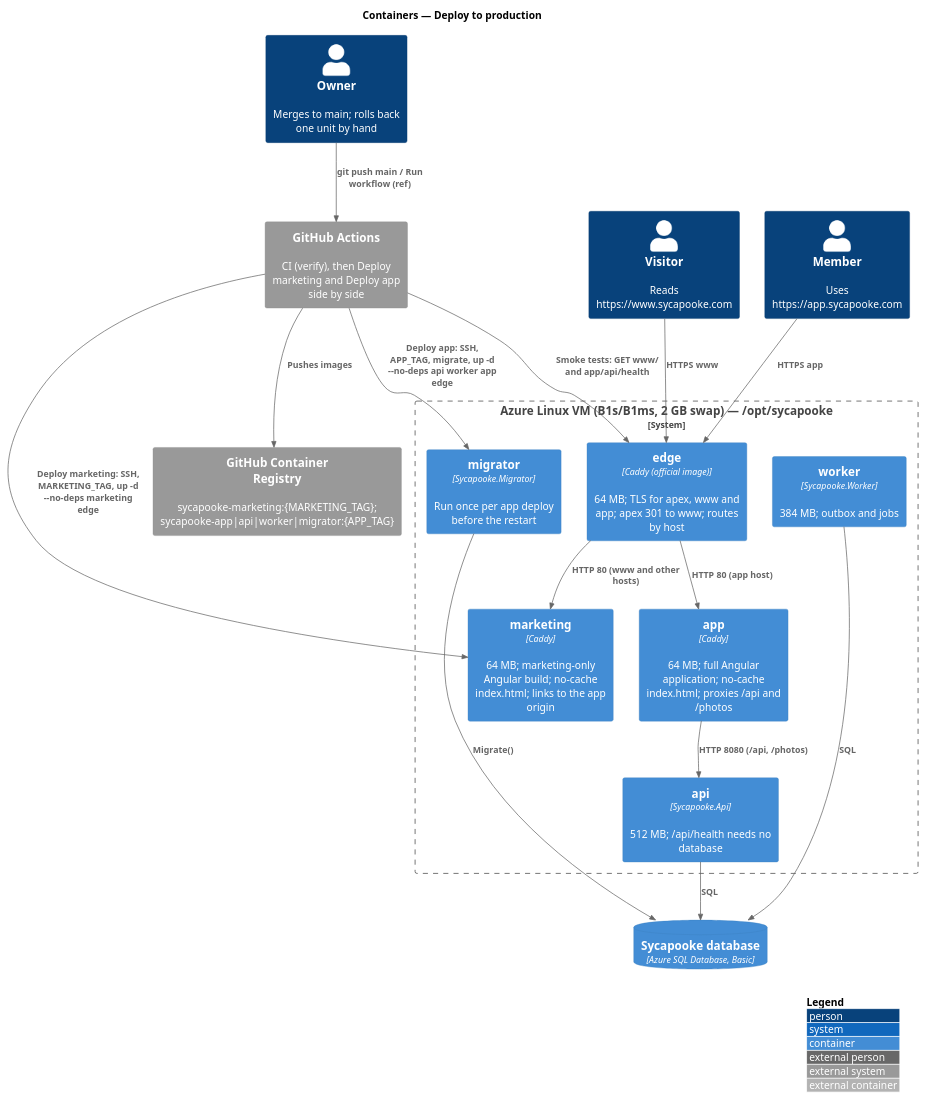
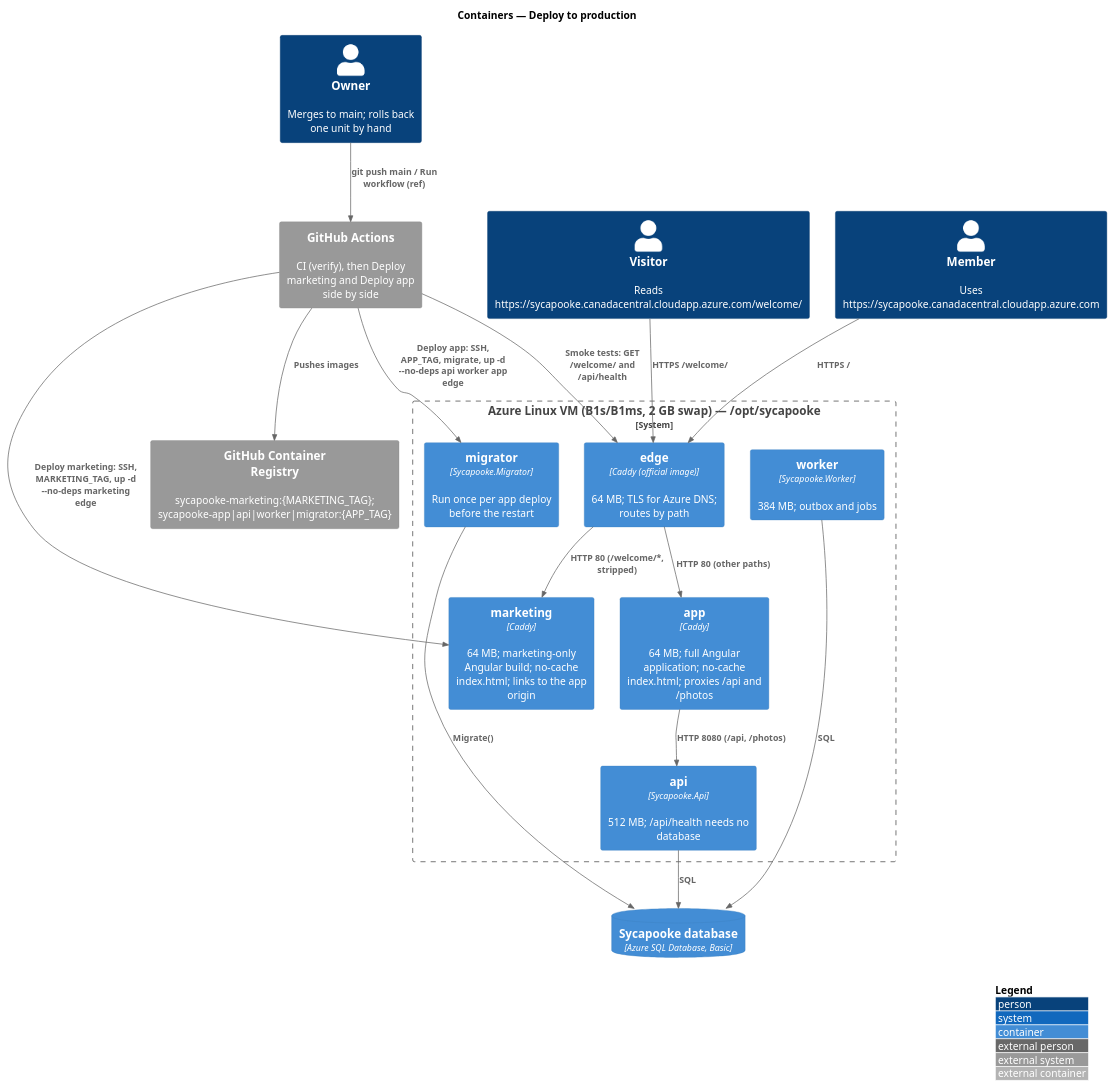
The diagram in docs/detailed-designs/platform/deploy-to-production/diagrams/c4-container.puml (QuinntyneBrown/sycapooke), drawn with PlantUML before and after one commit. The commit also changed 28 other files, not shown here.

First line of the commit message:
Publish both sites on the Azure DNS name instead of a custom domain

```diff
--- a/docs/detailed-designs/platform/deploy-to-production/diagrams/c4-container.puml
+++ b/docs/detailed-designs/platform/deploy-to-production/diagrams/c4-container.puml
@@ -1,33 +1,33 @@
 @startuml
 !include <C4/C4_Container>
 LAYOUT_WITH_LEGEND()
 title Containers — Deploy to production
 
 Person(owner, "Owner", "Merges to main; rolls back one unit by hand")
-Person(visitor, "Visitor", "Reads https://www.sycapooke.com")
-Person(member, "Member", "Uses https://app.sycapooke.com")
+Person(visitor, "Visitor", "Reads https://sycapooke.canadacentral.cloudapp.azure.com/welcome/")
+Person(member, "Member", "Uses https://sycapooke.canadacentral.cloudapp.azure.com")
 System_Ext(gh, "GitHub Actions", "CI (verify), then Deploy marketing and Deploy app side by side")
 System_Ext(ghcr, "GitHub Container Registry", "sycapooke-marketing:{MARKETING_TAG}; sycapooke-app|api|worker|migrator:{APP_TAG}")
 System_Boundary(vm, "Azure Linux VM (B1s/B1ms, 2 GB swap) — /opt/sycapooke") {
-  Container(edge, "edge", "Caddy (official image)", "64 MB; TLS for apex, www and app; apex 301 to www; routes by host")
+  Container(edge, "edge", "Caddy (official image)", "64 MB; TLS for Azure DNS; routes by path")
   Container(marketing, "marketing", "Caddy", "64 MB; marketing-only Angular build; no-cache index.html; links to the app origin")
   Container(app, "app", "Caddy", "64 MB; full Angular application; no-cache index.html; proxies /api and /photos")
   Container(api, "api", "Sycapooke.Api", "512 MB; /api/health needs no database")
   Container(worker, "worker", "Sycapooke.Worker", "384 MB; outbox and jobs")
   Container(migrator, "migrator", "Sycapooke.Migrator", "Run once per app deploy before the restart")
 }
 ContainerDb(sql, "Sycapooke database", "Azure SQL Database, Basic")
 Rel(owner, gh, "git push main / Run workflow (ref)")
 Rel(gh, ghcr, "Pushes images")
 Rel(gh, marketing, "Deploy marketing: SSH, MARKETING_TAG, up -d --no-deps marketing edge")
 Rel(gh, migrator, "Deploy app: SSH, APP_TAG, migrate, up -d --no-deps api worker app edge")
-Rel(gh, edge, "Smoke tests: GET www/ and app/api/health")
-Rel(visitor, edge, "HTTPS www")
-Rel(member, edge, "HTTPS app")
-Rel(edge, marketing, "HTTP 80 (www and other hosts)")
-Rel(edge, app, "HTTP 80 (app host)")
+Rel(gh, edge, "Smoke tests: GET /welcome/ and /api/health")
+Rel(visitor, edge, "HTTPS /welcome/")
+Rel(member, edge, "HTTPS /")
+Rel(edge, marketing, "HTTP 80 (/welcome/*, stripped)")
+Rel(edge, app, "HTTP 80 (other paths)")
 Rel(app, api, "HTTP 8080 (/api, /photos)")
 Rel(api, sql, "SQL")
 Rel(worker, sql, "SQL")
 Rel(migrator, sql, "Migrate()")
 @enduml
```
